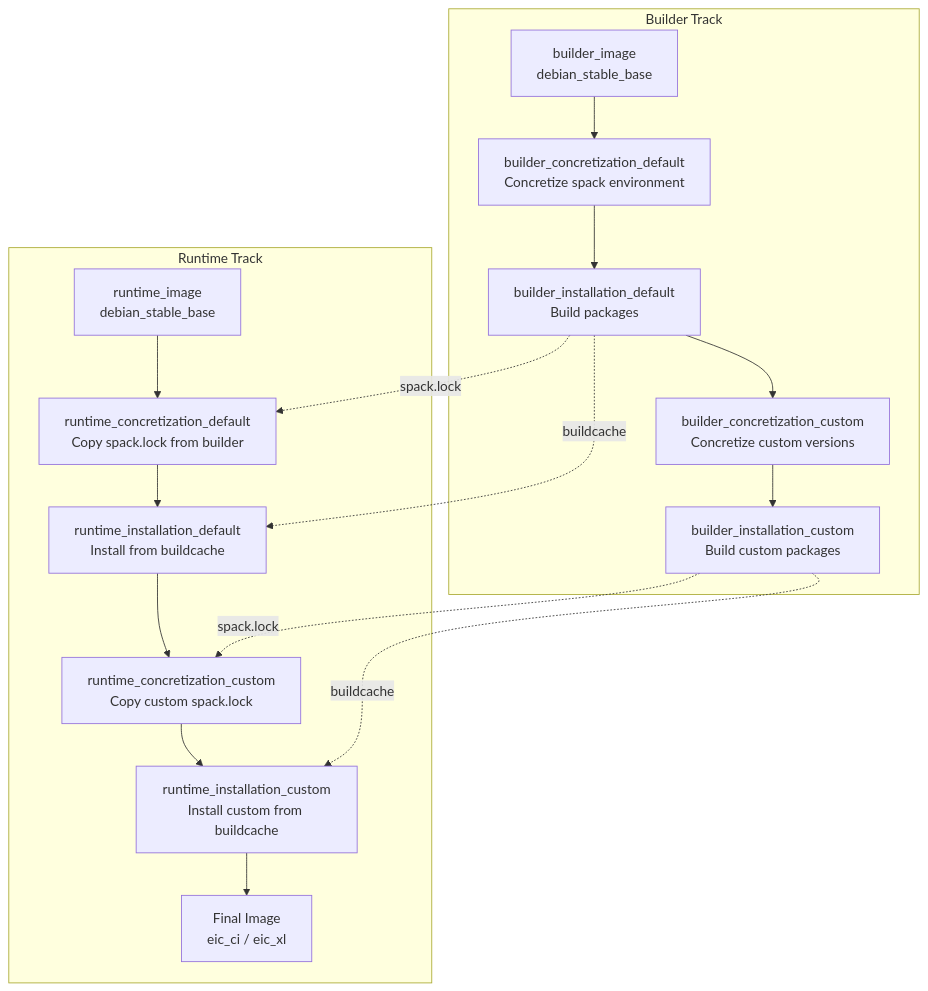
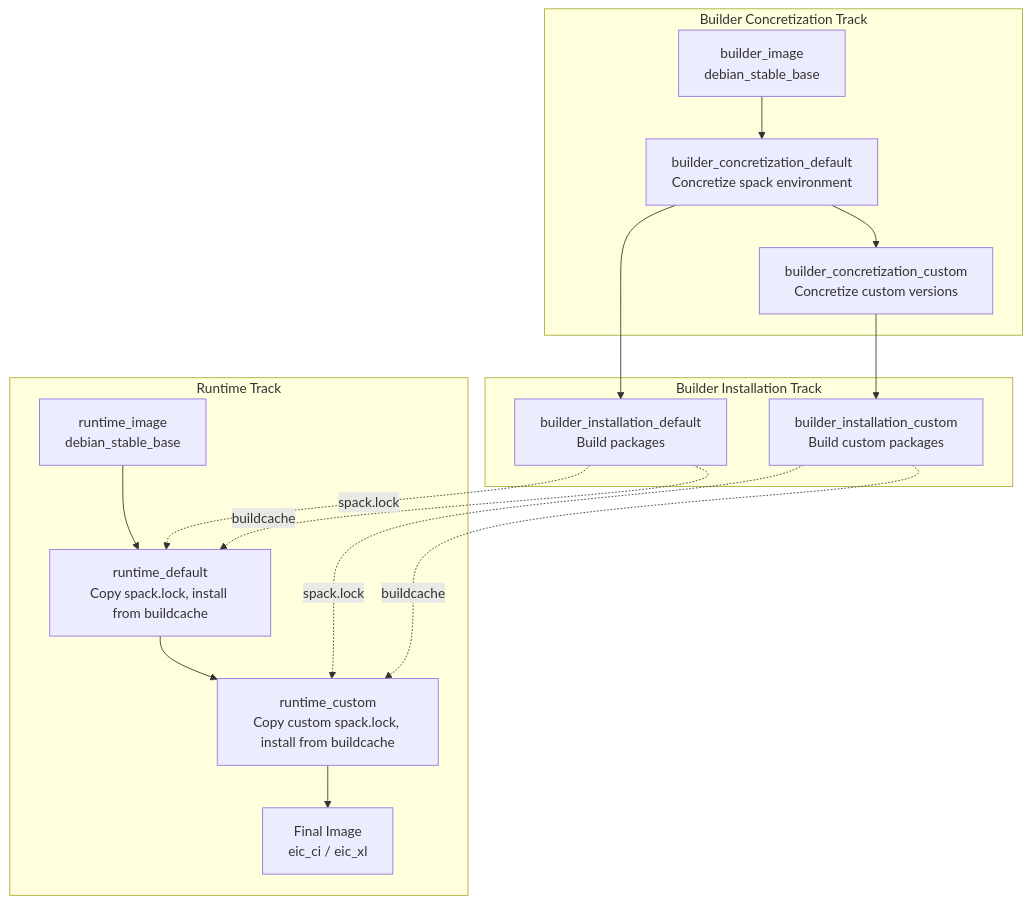
One commit to eic/containers changed the first of 6 diagrams in docs/architecture.md. Above: the diagram before and after it, drawn with Mermaid. The commit also changed other lines of this file, not shown here.

Commit message:
docs: update architecture.md mermaid diagram for three-track build

````diff
--- a/docs/architecture.md
+++ b/docs/architecture.md
@@ -9,22 +9,23 @@
 ```mermaid
 flowchart TB
-    subgraph "Builder Track"
+    subgraph "Builder Concretization Track"
         A[builder_image<br/>debian_stable_base] --> B[builder_concretization_default<br/>Concretize spack environment]
-        B --> C[builder_installation_default<br/>Build packages]
-        C --> D[builder_concretization_custom<br/>Concretize custom versions]
-        D --> E[builder_installation_custom<br/>Build custom packages]
+        B --> C[builder_concretization_custom<br/>Concretize custom versions]
+    end
+    
+    subgraph "Builder Installation Track"
+        B --> D[builder_installation_default<br/>Build packages]
+        C --> E[builder_installation_custom<br/>Build custom packages]
     end
     
     subgraph "Runtime Track"
-        F[runtime_image<br/>debian_stable_base] --> G[runtime_concretization_default<br/>Copy spack.lock from builder]
-        G --> H[runtime_installation_default<br/>Install from buildcache]
-        H --> I[runtime_concretization_custom<br/>Copy custom spack.lock]
-        I --> J[runtime_installation_custom<br/>Install custom from buildcache]
-        J --> K[Final Image<br/>eic_ci / eic_xl]
+        F[runtime_image<br/>debian_stable_base] --> G[runtime_default<br/>Copy spack.lock, install from buildcache]
+        G --> H[runtime_custom<br/>Copy custom spack.lock, install from buildcache]
+        H --> K[Final Image<br/>eic_ci / eic_xl]
     end
     
-    C -.->|spack.lock| G
-    C -.->|buildcache| H
-    E -.->|spack.lock| I
-    E -.->|buildcache| J
+    D -.->|spack.lock| G
+    D -.->|buildcache| G
+    E -.->|spack.lock| H
+    E -.->|buildcache| H
 ```
````
